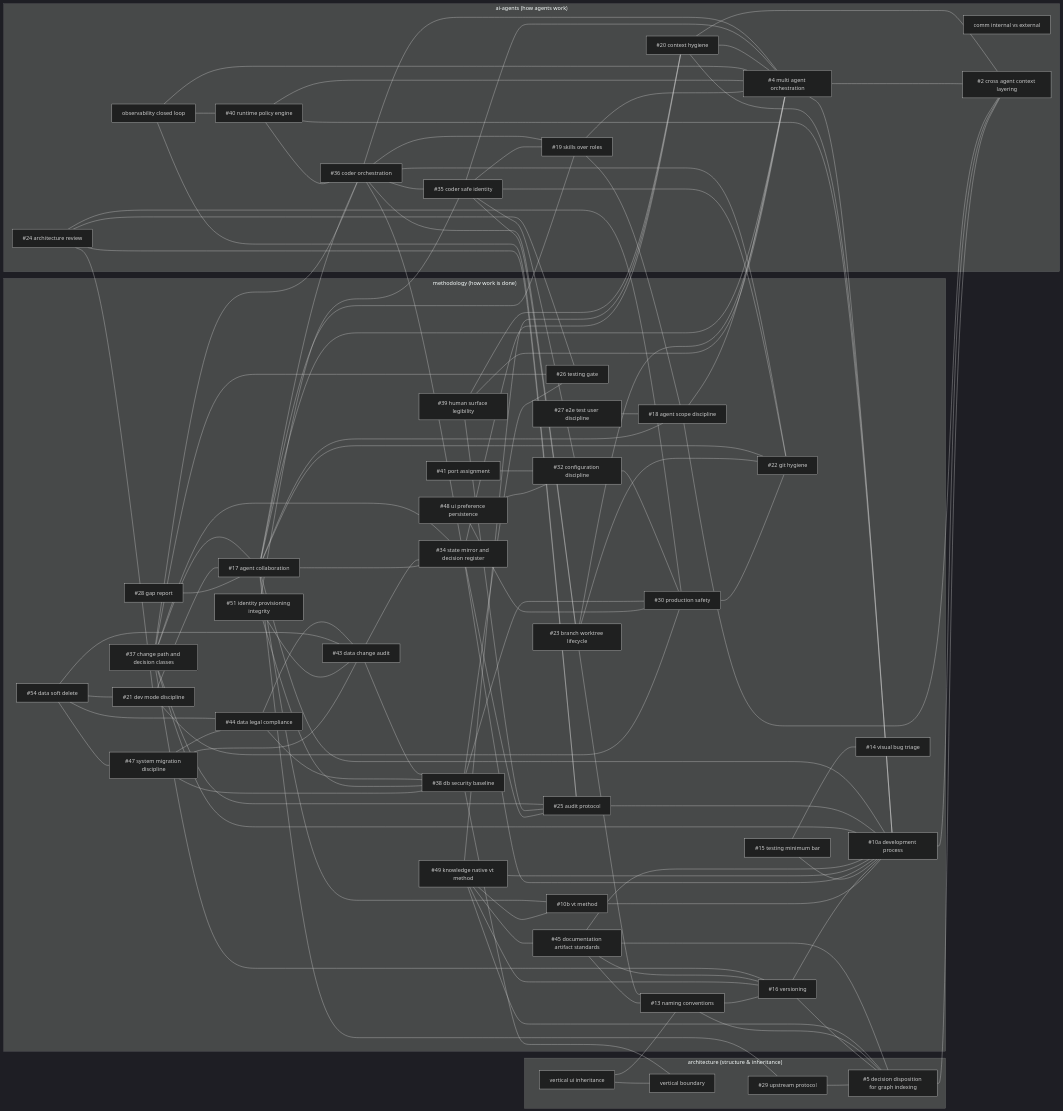
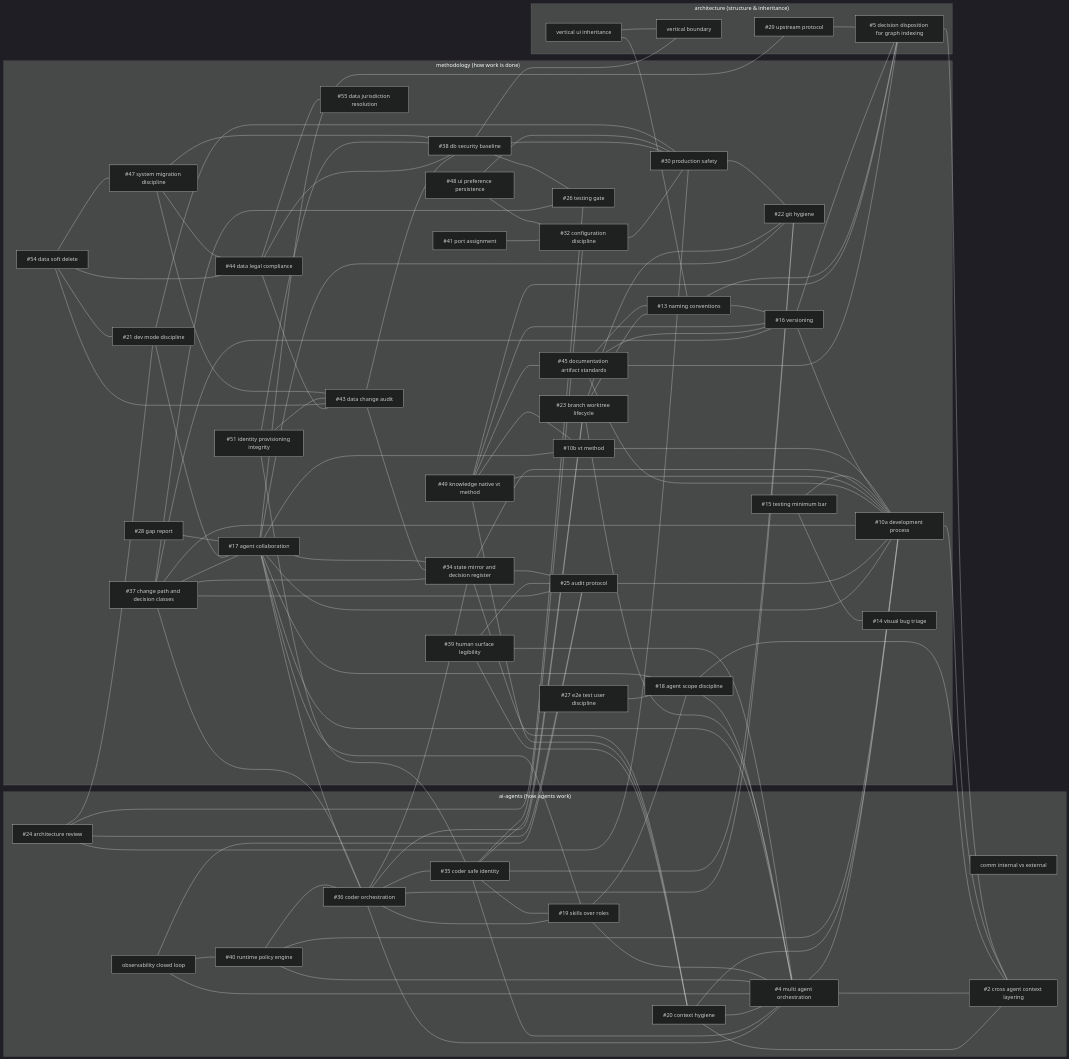
One commit to vibethink-edu/vibethink-dev-kit changed the diagram in knowledge/SUPRA-MAP.md. Above: the diagram before and after it, drawn with Mermaid (dark theme). The commit also changed other lines of this file, not shown here.

Commit message:
chore(graph): regenerate SUPRA-MAP for the new jurisdiction canon
SUPRA-MAP.md is a generated map of the canon graph; adding a spine makes the committed
copy stale and graph-canon.test.mjs --check fails in CI (it passed locally only because
I ran the governance gates, not the engine test suite). Regenerated: 45 spines, 105
relationships. Full tools/*.test.mjs suite green locally.

```diff
--- a/knowledge/SUPRA-MAP.md
+++ b/knowledge/SUPRA-MAP.md
@@ -28,6 +28,7 @@
     CANON_CHANGE_PATH_AND_DECISION_CLASSES_001["#37 change path and decision classes"]
     CANON_CONFIGURATION_DISCIPLINE["#32 configuration discipline"]
     CANON_DATA_CHANGE_AUDIT_001["#43 data change audit"]
+    CANON_DATA_JURISDICTION_RESOLUTION_001["#55 data jurisdiction resolution"]
     CANON_DATA_LEGAL_COMPLIANCE_001["#44 data legal compliance"]
     CANON_DATA_SOFT_DELETE_001["#54 data soft delete"]
     CANON_DB_SECURITY_BASELINE_001["#38 db security baseline"]
@@ -109,6 +110,7 @@
   CANON_CONFIGURATION_DISCIPLINE --- CANON_PRODUCTION_SAFETY
   CANON_DATA_CHANGE_AUDIT_001 --- CANON_DB_SECURITY_BASELINE_001
   CANON_DATA_CHANGE_AUDIT_001 --- CANON_STATE_MIRROR_AND_DECISION_REGISTER_001
+  CANON_DATA_LEGAL_COMPLIANCE_001 --- CANON_DATA_JURISDICTION_RESOLUTION_001
   CANON_DATA_LEGAL_COMPLIANCE_001 --- CANON_DATA_CHANGE_AUDIT_001
   CANON_DATA_LEGAL_COMPLIANCE_001 --- CANON_DB_SECURITY_BASELINE_001
   CANON_DATA_SOFT_DELETE_001 --- CANON_DATA_CHANGE_AUDIT_001
```
